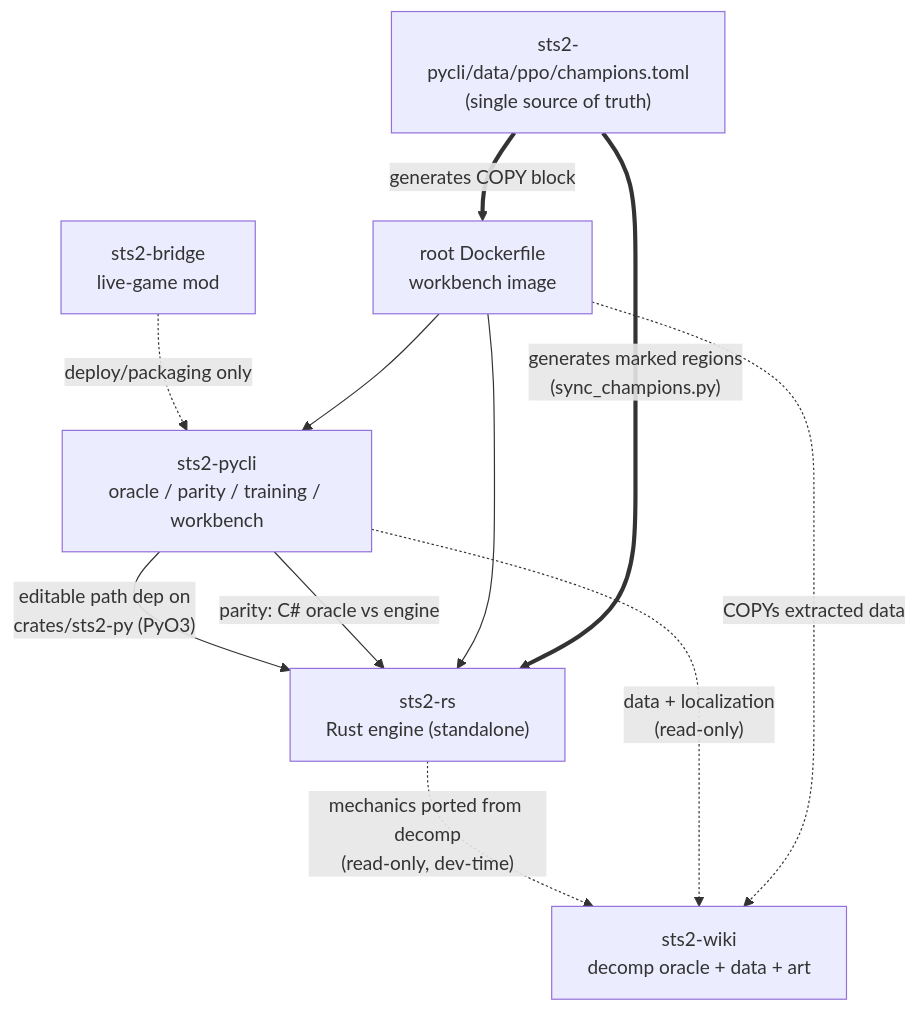
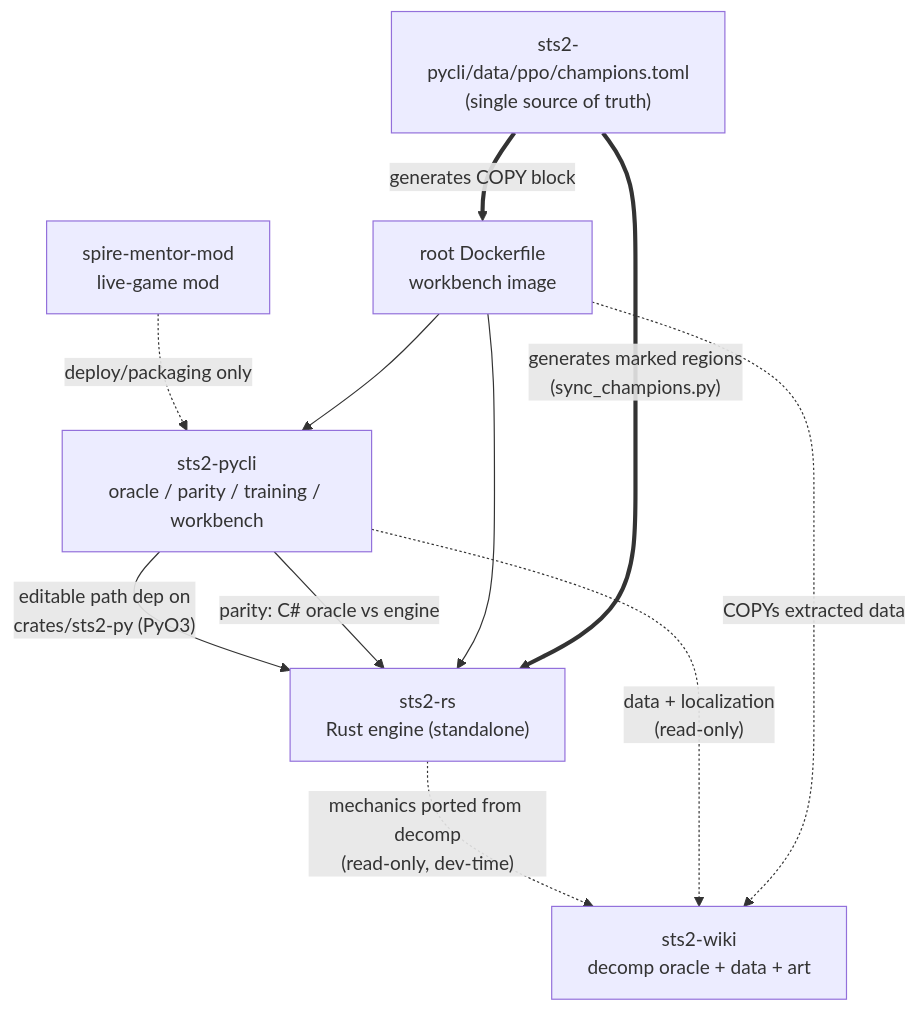
Before and after one commit to cynilyn/spire-mentor: the diagram in ARCHITECTURE.md, drawn with Mermaid. The commit also changed other lines of this file and 219 other files, not shown here.

Commit message:
sync: spire-mentor-private@d3ea66a51

````diff
--- a/ARCHITECTURE.md
+++ b/ARCHITECTURE.md
@@ -77,20 +77,20 @@
 ```mermaid
 graph TD
     WIKI["sts2-wiki<br/>decomp oracle + data + art"]
     RS["sts2-rs<br/>Rust engine (standalone)"]
     PY["sts2-pycli<br/>oracle / parity / training / workbench"]
-    BR["sts2-bridge<br/>live-game mod"]
+    BR["spire-mentor-mod<br/>live-game mod"]
     DOCKER["root Dockerfile<br/>workbench image"]
     CHAMP["sts2-pycli/data/ppo/champions.toml<br/>(single source of truth)"]
 
     RS -. "mechanics ported from decomp<br/>(read-only, dev-time)" .-> WIKI
     PY -. "data + localization<br/>(read-only)" .-> WIKI
     PY -- "editable path dep on<br/>crates/sts2-py (PyO3)" --> RS
     PY -- "parity: C# oracle vs engine" --> RS
     BR -. "deploy/packaging only" .-> PY
     DOCKER --> RS
     DOCKER --> PY
     DOCKER -. "COPYs extracted data" .-> WIKI
     CHAMP == "generates marked regions<br/>(sync_champions.py)" ==> RS
     CHAMP == "generates COPY block" ==> DOCKER
 ```
````
